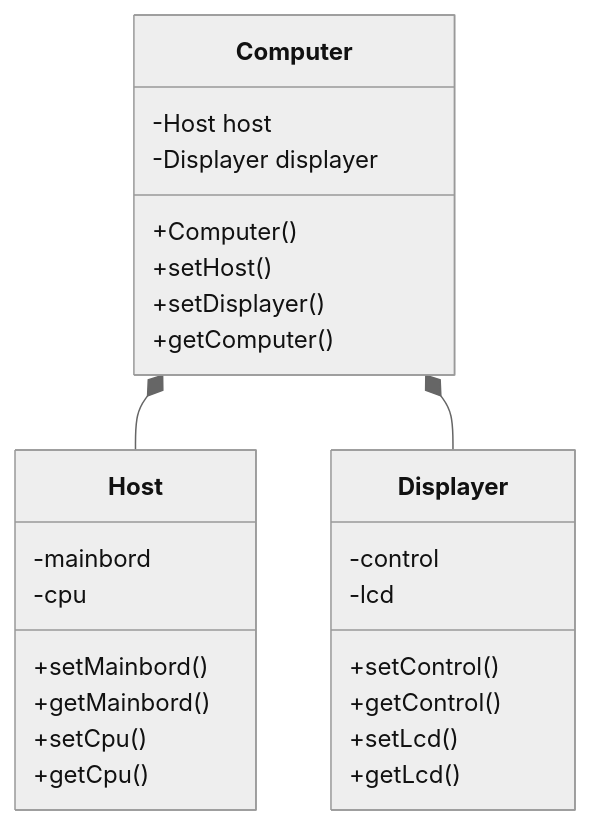
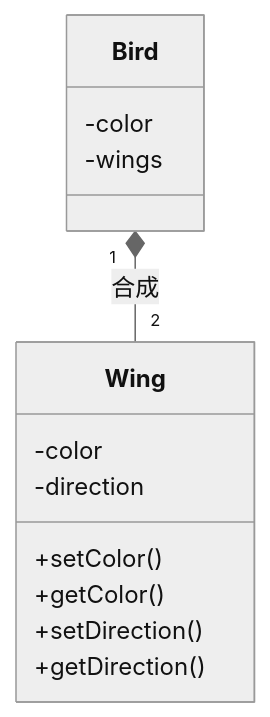
Before and after one commit to LeslieKong/basiccoding: the fourth of 5 diagrams in README.md, drawn with Mermaid (neutral theme). The commit also changed other lines of this file and 1 other file, not shown here.

````diff
--- a/README.md
+++ b/README.md
@@ -328,29 +399,17 @@
-  ```mermaid
-  classDiagram
-      Computer *-- Host
-      Computer *-- Displayer
-      class Host {
-         -mainbord
-         -cpu
-         +setMainbord()
-         +getMainbord()
-         +setCpu()
-         +getCpu()
-      }
-      class Displayer {
-         -control
-         -lcd
-         +setControl()
-         +getControl()
-         +setLcd()
-         +getLcd()
-      }
-      class Computer {
-          -Host host
-          -Displayer displayer
-          +Computer()
-          +setHost()
-          +setDisplayer()
-          +getComputer()
-      }
-  ```
+```mermaid
+classDiagram
+    Bird "1" *-- "2" Wing : 合成
+    
+    class Bird {
+       -color
+       -wings
+    }
+    class Wing {
+        -color
+        -direction
+        +setColor()
+        +getColor()
+        +setDirection()
+        +getDirection()
+    }
+```
````
